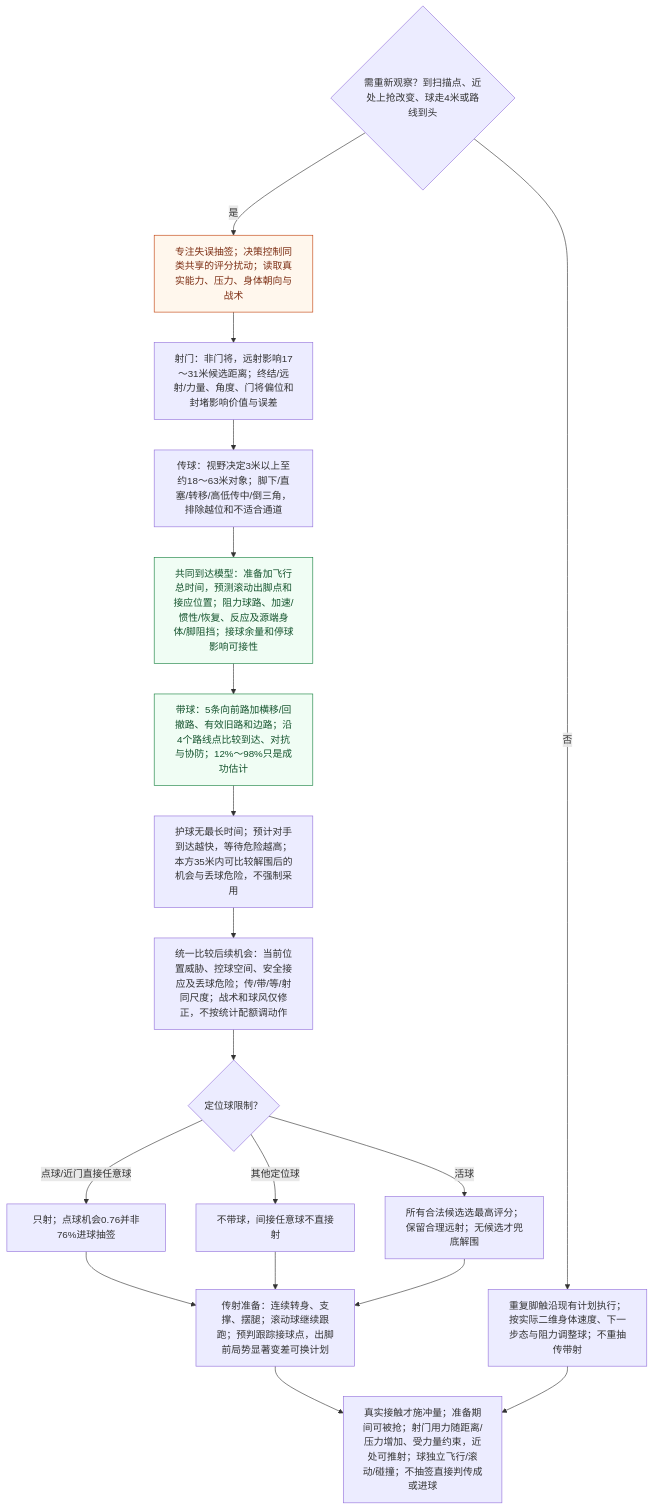
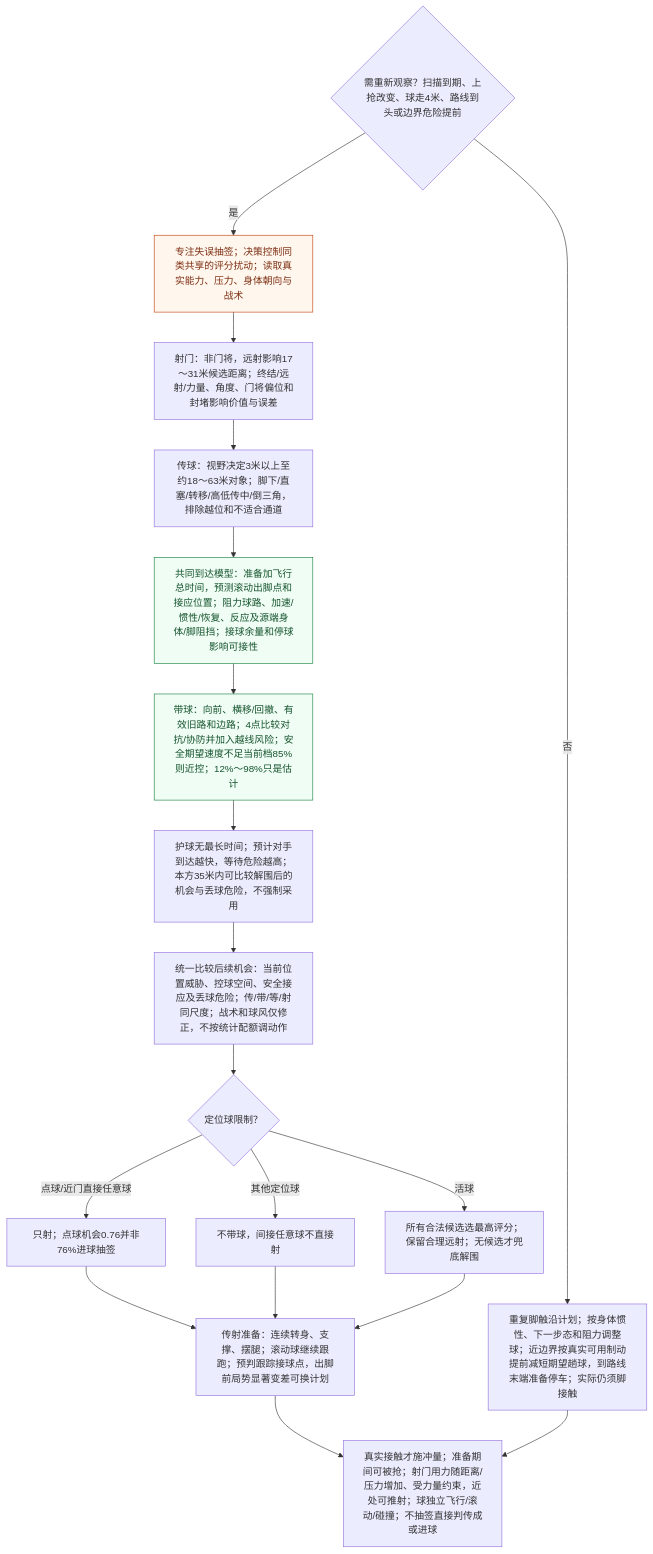
Before and after one commit to sixu3575/touchline-manager: the fifth of 7 diagrams in packages/shared/modules/matches/design/PLAYER_DECISION_MAP.md, drawn with Mermaid. The commit also changed other lines of this file and 26 other files, not shown here.

````diff
--- a/packages/shared/modules/matches/design/PLAYER_DECISION_MAP.md
+++ b/packages/shared/modules/matches/design/PLAYER_DECISION_MAP.md
@@ -158,24 +158,24 @@
 ```mermaid
 flowchart TD
-  A0{"需重新观察？到扫描点、近处上抢改变、球走4米或路线到头"} -->|否| AM["重复脚触沿现有计划执行；按实际二维身体速度、下一步态与阻力调整球；不重抽传带射"]
+  A0{"需重新观察？扫描到期、上抢改变、球走4米、路线到头或边界危险提前"} -->|否| AM["重复脚触沿计划；按身体惯性、下一步态和阻力调整球；近边界按真实可用制动提前减短期望趟球，到路线末端准备停车；实际仍须脚接触"]
   A0 -->|是| A1["专注失误抽签；决策控制同类共享的评分扰动；读取真实能力、压力、身体朝向与战术"]
   A1 --> AS["射门：非门将，远射影响17～31米候选距离；终结/远射/力量、角度、门将偏位和封堵影响价值与误差"]
   AS --> AP["传球：视野决定3米以上至约18～63米对象；脚下/直塞/转移/高低传中/倒三角，排除越位和不适合通道"]
   AP --> AR["共同到达模型：准备加飞行总时间，预测滚动出脚点和接应位置；阻力球路、加速/惯性/恢复、反应及源端身体/脚阻挡；接球余量和停球影响可接性"]
-  AR --> AC["带球：5条向前路加横移/回撤路、有效旧路和边路；沿4个路线点比较到达、对抗与协防；12%～98%只是成功估计"]
+  AR --> AC["带球：向前、横移/回撤、有效旧路和边路；4点比较对抗/协防并加入越线风险；安全期望速度不足当前档85%则近控；12%～98%只是估计"]
   AC --> AH["护球无最长时间；预计对手到达越快，等待危险越高；本方35米内可比较解围后的机会与丢球危险，不强制采用"]
   AH --> AV["统一比较后续机会：当前位置威胁、控球空间、安全接应及丢球危险；传/带/等/射同尺度；战术和球风仅修正，不按统计配额调动作"]
   AV --> AX{"定位球限制？"}
   AX -->|点球/近门直接任意球| AD["只射；点球机会0.76并非76%进球抽签"]
   AX -->|其他定位球| AF["不带球，间接任意球不直接射"]
   AX -->|活球| AB["所有合法候选选最高评分；保留合理远射；无候选才兜底解围"]
   AD --> AE["传射准备：连续转身、支撑、摆腿；滚动球继续跟跑；预判跟踪接球点，出脚前局势显著变差可换计划"]
   AF --> AE
   AB --> AE
   AE --> AK["真实接触才施冲量；准备期间可被抢；射门用力随距离/压力增加、受力量约束，近处可推射；球独立飞行/滚动/碰撞；不抽签直接判传成或进球"]
   AM --> AK
   classDef draw fill:#fff7ed,stroke:#c2410c,color:#7c2d12
   classDef estimate fill:#f0fdf4,stroke:#15803d,color:#14532d
   class A1 draw
   class AR,AC estimate
 ```
````
